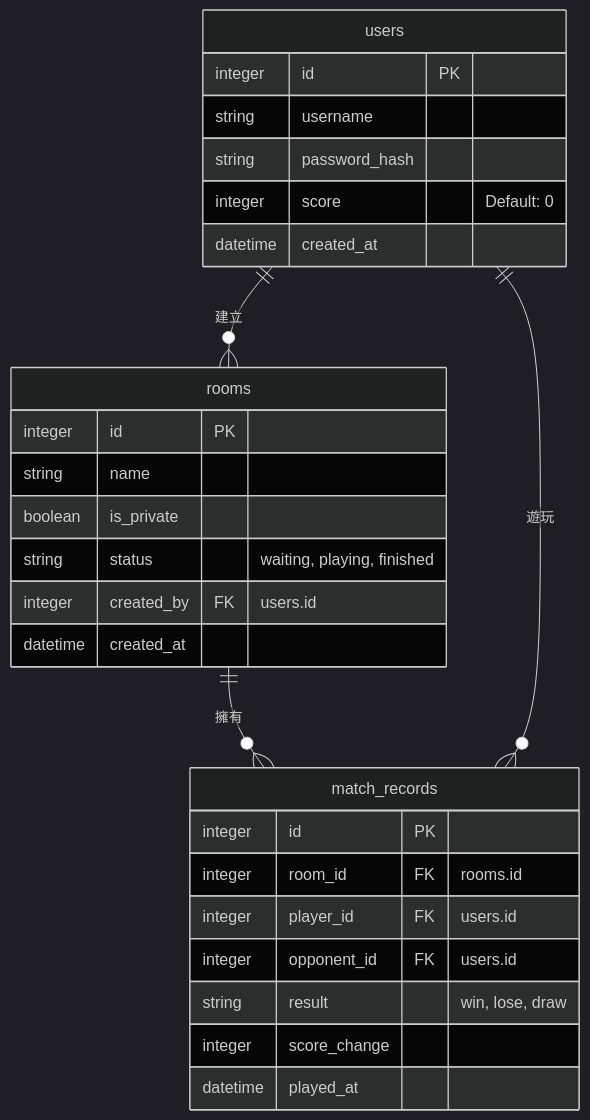
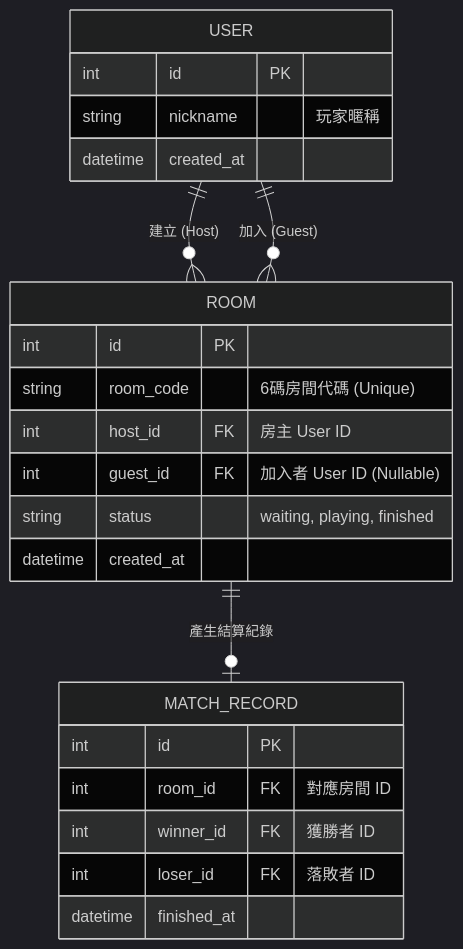
One commit to zyawe960501-gif/web_app_development changed the diagram in docs/DB_DESIGN.md. Above: the diagram before and after it, drawn with Mermaid (dark theme). The commit also changed other lines of this file and 6 other files, not shown here.

Commit message:
feat: add database schema and models

````diff
--- a/docs/DB_DESIGN.md
+++ b/docs/DB_DESIGN.md
@@ -7,33 +9,29 @@
 ```mermaid
 erDiagram
-  users {
-    integer id PK
-    string username
-    string password_hash
-    integer score "Default: 0"
-    datetime created_at
-  }
-  
-  rooms {
-    integer id PK
-    string name
-    boolean is_private
-    string status "waiting, playing, finished"
-    integer created_by FK "users.id"
-    datetime created_at
-  }
-  
-  match_records {
-    integer id PK
-    integer room_id FK "rooms.id"
-    integer player_id FK "users.id"
-    integer opponent_id FK "users.id"
-    string result "win, lose, draw"
-    integer score_change
-    datetime played_at
-  }
-  
-  users ||--o{ rooms : "建立"
-  rooms ||--o{ match_records : "擁有"
-  users ||--o{ match_records : "遊玩"
+    USER {
+        int id PK
+        string nickname "玩家暱稱"
+        datetime created_at
+    }
+    
+    ROOM {
+        int id PK
+        string room_code "6碼房間代碼 (Unique)"
+        int host_id FK "房主 User ID"
+        int guest_id FK "加入者 User ID (Nullable)"
+        string status "waiting, playing, finished"
+        datetime created_at
+    }
+    
+    MATCH_RECORD {
+        int id PK
+        int room_id FK "對應房間 ID"
+        int winner_id FK "獲勝者 ID"
+        int loser_id FK "落敗者 ID"
+        datetime finished_at
+    }
+
+    USER ||--o{ ROOM : "建立 (Host)"
+    USER ||--o{ ROOM : "加入 (Guest)"
+    ROOM ||--o| MATCH_RECORD : "產生結算紀錄"
 ```
````
